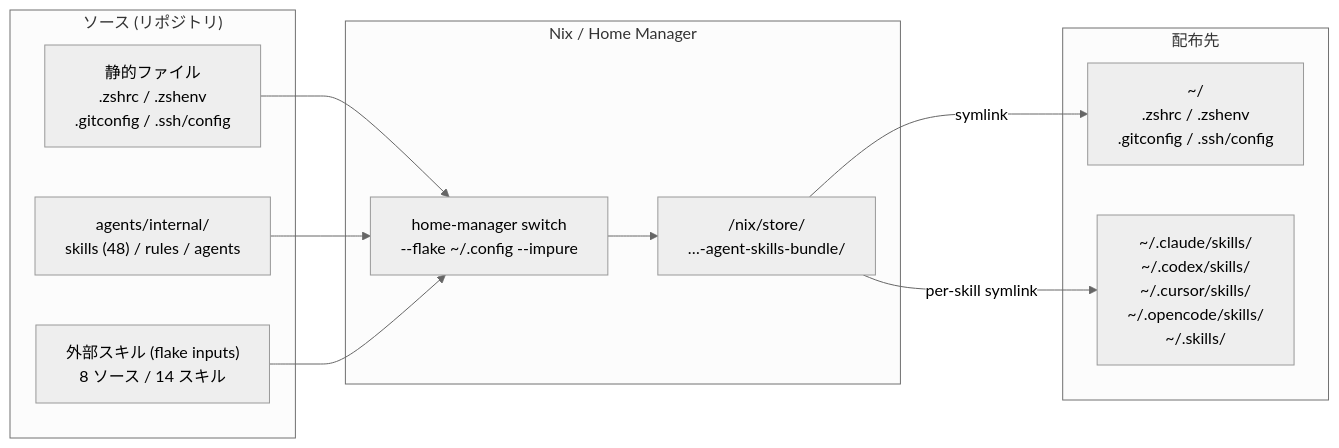
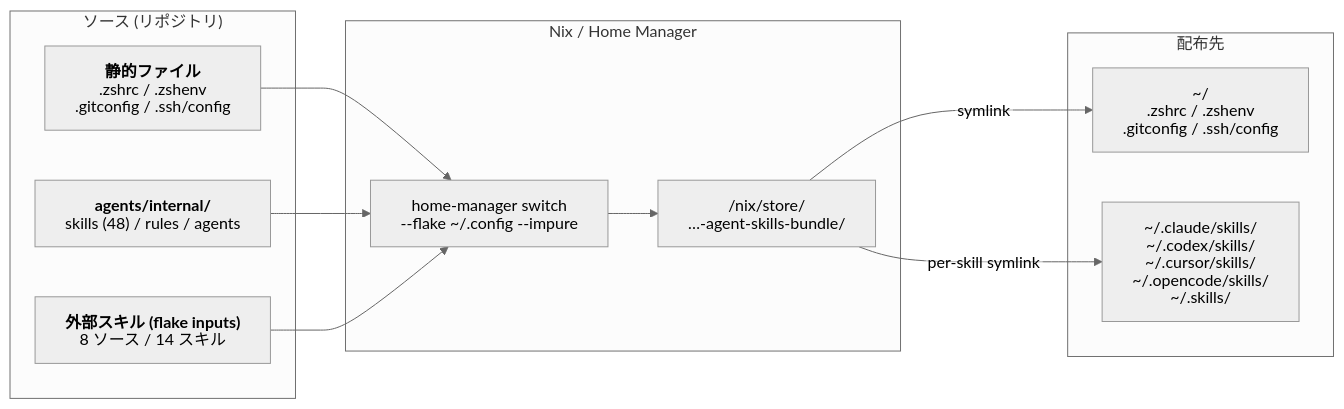
Before and after one commit to jey3dayo/dotfiles: the diagram in docs/tools/nix.md, drawn with Mermaid (neutral theme).

Commit message:
fix(nix): use markdown strings for Mermaid line breaks
Replace \n with backtick markdown strings and real newlines
so labels render correctly. Set htmlLabels: false per Mermaid docs.

````diff
--- a/docs/tools/nix.md
+++ b/docs/tools/nix.md
@@ -15,25 +15,41 @@
 ```mermaid
+---
+config:
+  htmlLabels: false
+---
 graph LR
     subgraph IN["ソース (リポジトリ)"]
-        DOT["静的ファイル\n.zshrc / .zshenv\n.gitconfig / .ssh/config"]
-        INT["agents/internal/\nskills (48) / rules / agents"]
-        EXT["外部スキル (flake inputs)\n8 ソース / 14 スキル"]
+        DOT["`**静的ファイル**
+.zshrc / .zshenv
+.gitconfig / .ssh/config`"]
+        INT["`**agents/internal/**
+skills (48) / rules / agents`"]
+        EXT["`**外部スキル (flake inputs)**
+8 ソース / 14 スキル`"]
     end
 
     subgraph NIX["Nix / Home Manager"]
-        HM["home-manager switch\n--flake ~/.config --impure"]
-        BUNDLE["/nix/store/\n…-agent-skills-bundle/"]
+        HM["`home-manager switch
+--flake ~/.config --impure`"]
+        BUNDLE["`/nix/store/
+…-agent-skills-bundle/`"]
         HM --> BUNDLE
     end
 
     subgraph OUT["配布先"]
-        HOME["~/\n.zshrc / .zshenv\n.gitconfig / .ssh/config"]
-        SKILLS["~/.claude/skills/\n~/.codex/skills/\n~/.cursor/skills/\n~/.opencode/skills/\n~/.skills/"]
+        HOME["`~/
+.zshrc / .zshenv
+.gitconfig / .ssh/config`"]
+        SKILLS["`~/.claude/skills/
+~/.codex/skills/
+~/.cursor/skills/
+~/.opencode/skills/
+~/.skills/`"]
     end
 
     DOT --> HM
     INT --> HM
     EXT --> HM
     BUNDLE -->|symlink| HOME
     BUNDLE -->|per-skill symlink| SKILLS
 ```
````
